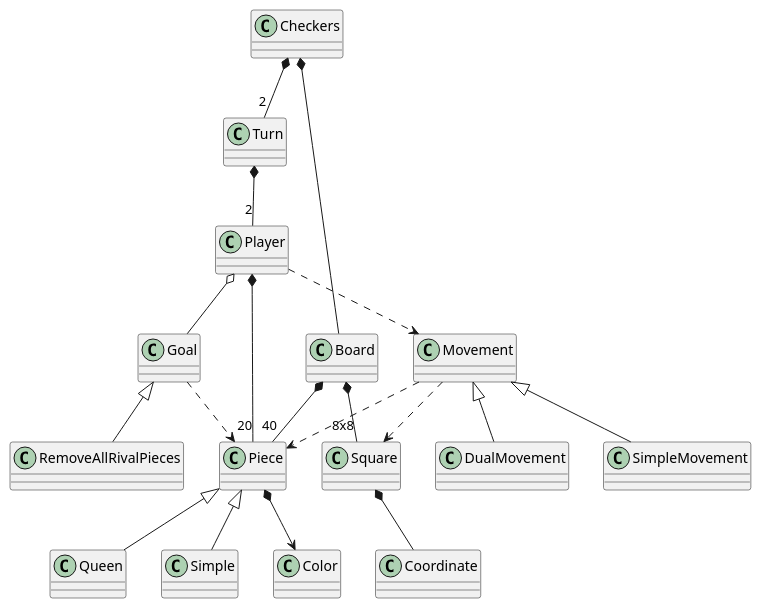
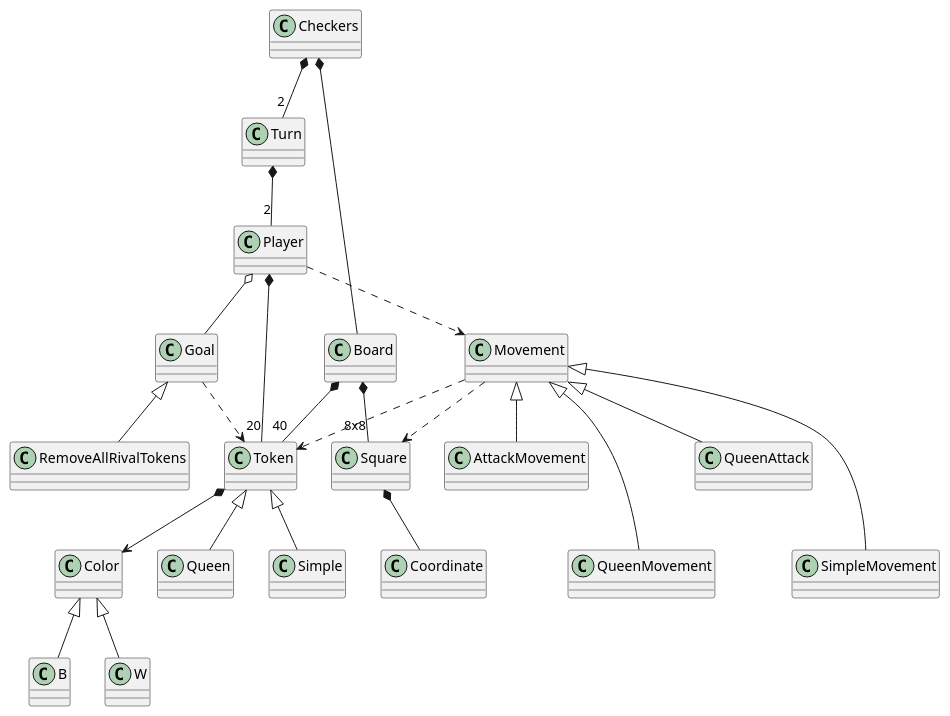
One commit to Master-Desarrollo-20-21/patrones-diseno---practica-final---juego-de-las-damas-Ruskab changed the diagram in doc/puml/domainModel.puml. Above: the diagram before and after it, drawn with PlantUML.

Commit message:
improve domainModel

```diff
--- a/doc/puml/domainModel.puml
+++ b/doc/puml/domainModel.puml
@@ -1,35 +1,38 @@
 @startuml
 class Checkers
 class Board
 class Turn
 class Player
-class Piece
+class Token
 class Coordinate
 class Square
 class Movement
 class SimpleMovement
-class DualMovement
 class Color
 class Goal
-class RemoveAllRivalPieces
+class RemoveAllRivalTokens
 
 Checkers *-- Board
 Checkers *-- "2" Turn
 Turn *-- "2" Player
 Player o-- Goal
-Goal <|-- RemoveAllRivalPieces
-Goal ..> Piece
-Player *-- "20" Piece
-Board *-- "40" Piece
+Goal <|-- RemoveAllRivalTokens
+Goal ..> Token
+Player *-- "20" Token
+Board *-- "40" Token
 Board *-- "8x8" Square
-Piece *--> Color
+Token *--> Color
+Color <|-- B
+Color <|-- W
 Player ..> Movement
-Movement ..> Piece
+Movement ..> Token
 Movement ..> Square
-Movement <|-- SimpleMovement
-Movement <|-- DualMovement
-Piece <|-- Queen
-Piece <|-- Simple
+Movement <|--- SimpleMovement
+Movement <|-- AttackMovement
+Movement <|--- QueenMovement
+Movement <|-- QueenAttack
+Token <|-- Queen
+Token <|-- Simple
 Square *-- Coordinate
 
 @enduml
```
